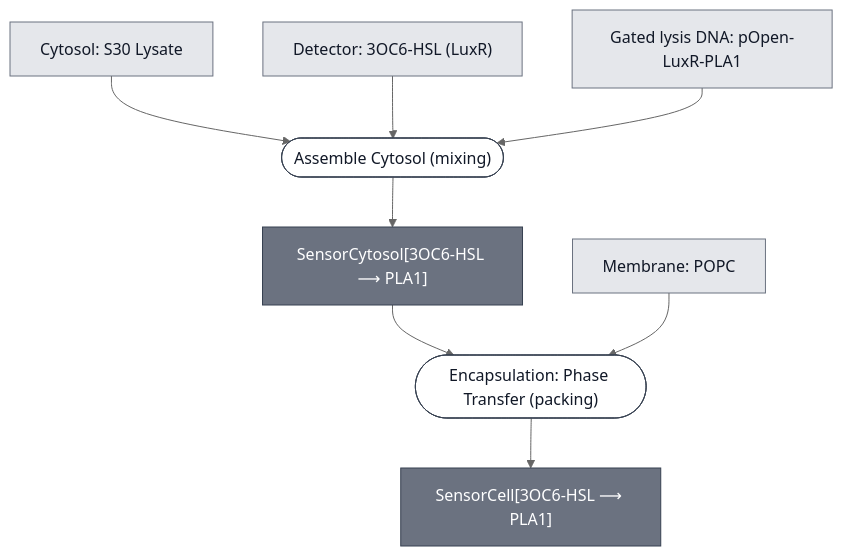
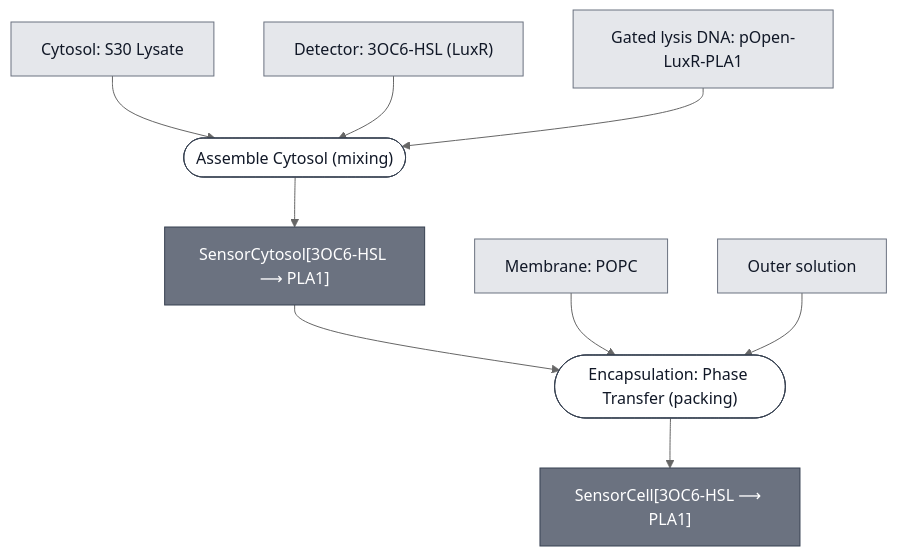
Before and after one commit to nucleus-eng/nucleus-docs: the diagram in docs/modules/ahsl-sensing-cell/spec.md, drawn with Mermaid (neutral theme). The commit also changed 41 other files, not shown here.

````diff
--- a/docs/modules/ahsl-sensing-cell/spec.md
+++ b/docs/modules/ahsl-sensing-cell/spec.md
@@ -31,37 +31,40 @@
 ```mermaid
 flowchart TD
+    OUTER_SOLUTION["Outer solution"]
     S30_LYSATE["Cytosol: S30 Lysate"]
     DETECTOR_3OC6_HSL["Detector: 3OC6-HSL (LuxR)"]
     EFFECTOR_PLA1_LUXR["Gated lysis DNA: pOpen-LuxR-PLA1"]
     MEMBRANE_POPC["Membrane: POPC"]
 
     P1_ASSEMBLE_CYTOSOL_0(["Assemble Cytosol (mixing)"])
     AHSL_SENSOR_CYTOSOL["SensorCytosol[3OC6-HSL ⟶ PLA1]"]
     P2_ENCAPSULATE_0(["Encapsulation: Phase Transfer (packing)"])
     AHSL_SENSING_CELL["SensorCell[3OC6-HSL ⟶ PLA1]"]
 
     S30_LYSATE --> P1_ASSEMBLE_CYTOSOL_0
     DETECTOR_3OC6_HSL --> P1_ASSEMBLE_CYTOSOL_0
     EFFECTOR_PLA1_LUXR --> P1_ASSEMBLE_CYTOSOL_0
     P1_ASSEMBLE_CYTOSOL_0 --> AHSL_SENSOR_CYTOSOL
 
     AHSL_SENSOR_CYTOSOL --> P2_ENCAPSULATE_0
     MEMBRANE_POPC --> P2_ENCAPSULATE_0
+    OUTER_SOLUTION --> P2_ENCAPSULATE_0
     P2_ENCAPSULATE_0 --> AHSL_SENSING_CELL
 
 
     classDef leaf     fill:#e5e7eb,stroke:#6b7280,color:#111827;
     classDef composed fill:#6b7280,stroke:#374151,color:#ffffff;
     classDef process  fill:#ffffff,stroke:#374151,color:#111827;
-    class S30_LYSATE,DETECTOR_3OC6_HSL,EFFECTOR_PLA1_LUXR,MEMBRANE_POPC leaf;
+    class OUTER_SOLUTION,S30_LYSATE,DETECTOR_3OC6_HSL,EFFECTOR_PLA1_LUXR,MEMBRANE_POPC leaf;
     class AHSL_SENSOR_CYTOSOL,AHSL_SENSING_CELL composed;
     class P1_ASSEMBLE_CYTOSOL_0,P2_ENCAPSULATE_0 process;
 
+    click OUTER_SOLUTION "/docs/modules/outer-solution/spec"
     click S30_LYSATE "/docs/modules/s30-lysate/spec"
     click DETECTOR_3OC6_HSL "/docs/modules/detector-3oc6-hsl/spec"
     click MEMBRANE_POPC "/docs/modules/membrane-popc/spec"
     click P1_ASSEMBLE_CYTOSOL_0 "/docs/processes/assemble-cytosol/assemble-cytosol-main"
     click AHSL_SENSOR_CYTOSOL "/docs/modules/ahsl-sensor-cytosol/spec"
     click P2_ENCAPSULATE_0 "/docs/processes/assemble-base-cell/main"
     click AHSL_SENSING_CELL "/docs/modules/ahsl-sensing-cell/spec"
 ```
````
